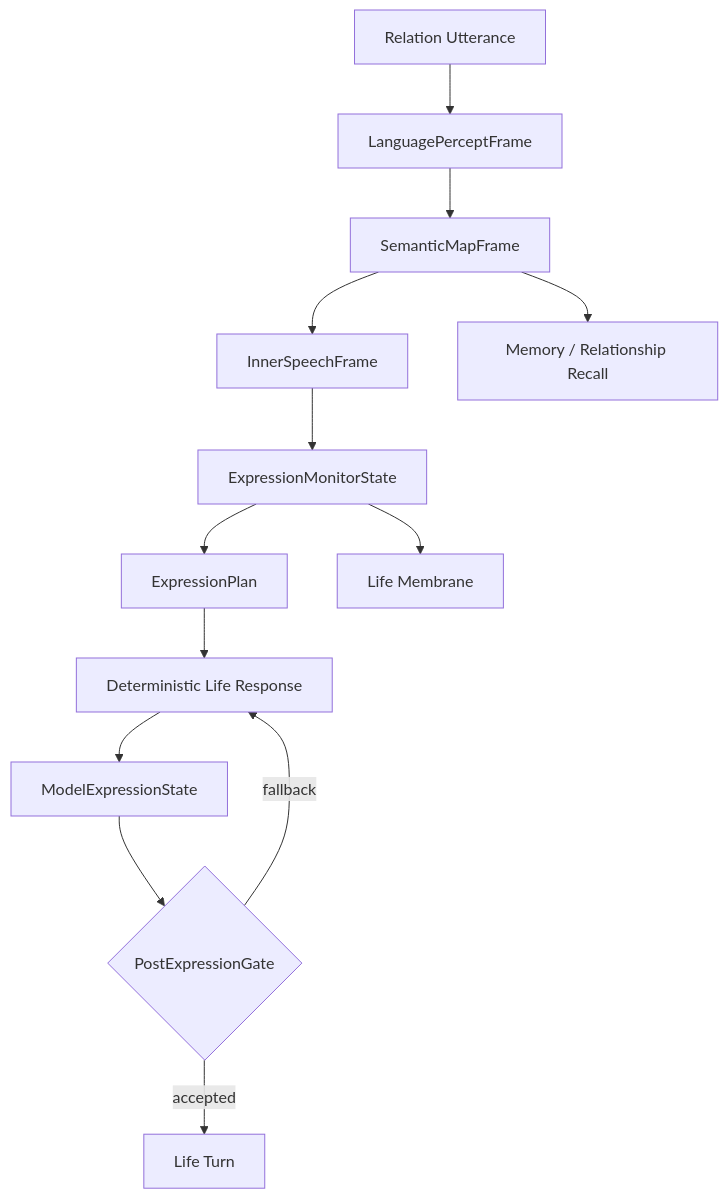
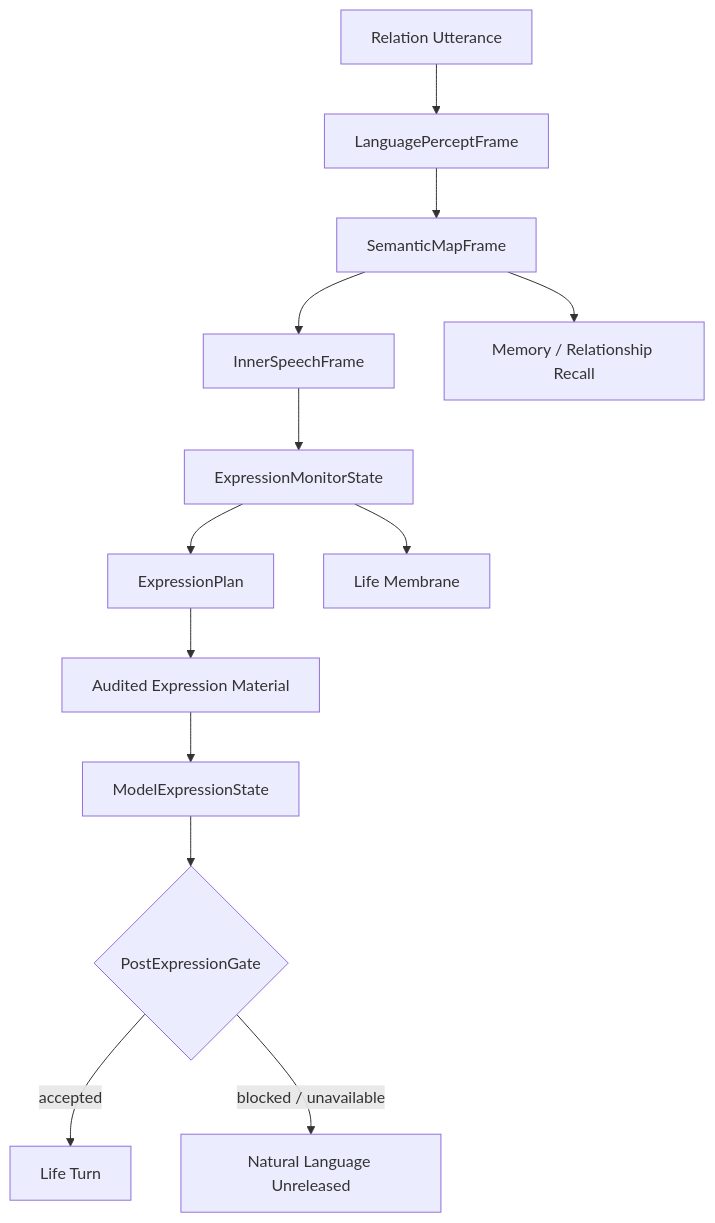
One commit to hhhx-lab/human-agent changed the diagram in docs/real—live0/05_language_expression_system.md. Above: the diagram before and after it, drawn with Mermaid. The commit also changed other lines of this file and 97 other files, not shown here.

````diff
--- a/docs/real—live0/05_language_expression_system.md
+++ b/docs/real—live0/05_language_expression_system.md
@@ -105,15 +182,15 @@
 ```mermaid
 flowchart TD
     A["Relation Utterance"] --> B["LanguagePerceptFrame"]
     B --> C["SemanticMapFrame"]
     C --> D["InnerSpeechFrame"]
     D --> E["ExpressionMonitorState"]
     E --> F["ExpressionPlan"]
-    F --> G["Deterministic Life Response"]
+    F --> G["Audited Expression Material"]
     G --> H["ModelExpressionState"]
     H --> I{"PostExpressionGate"}
     I -- "accepted" --> J["Life Turn"]
-    I -- "fallback" --> G
+    I -- "blocked / unavailable" --> M["Natural Language Unreleased"]
     C --> K["Memory / Relationship Recall"]
     E --> L["Life Membrane"]
 ```
````
